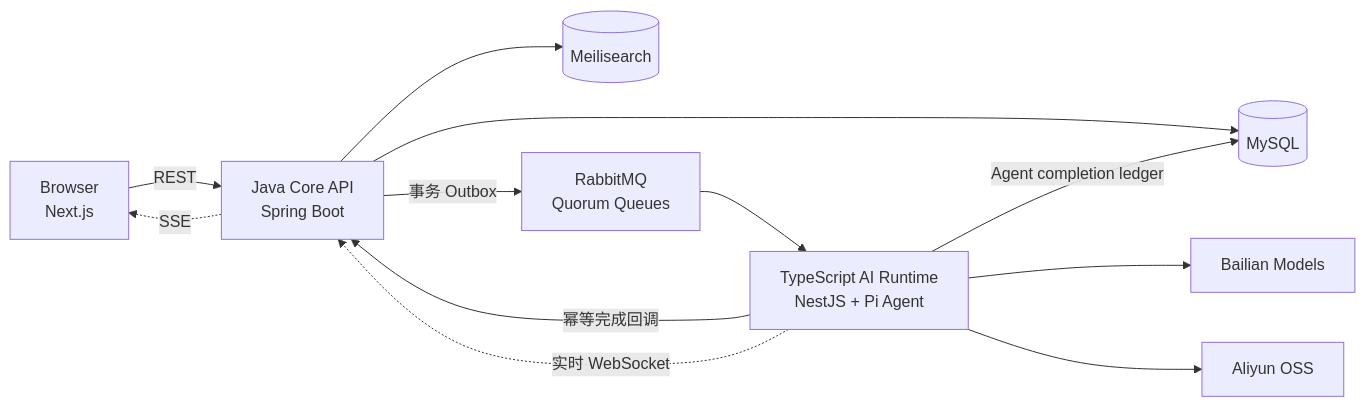
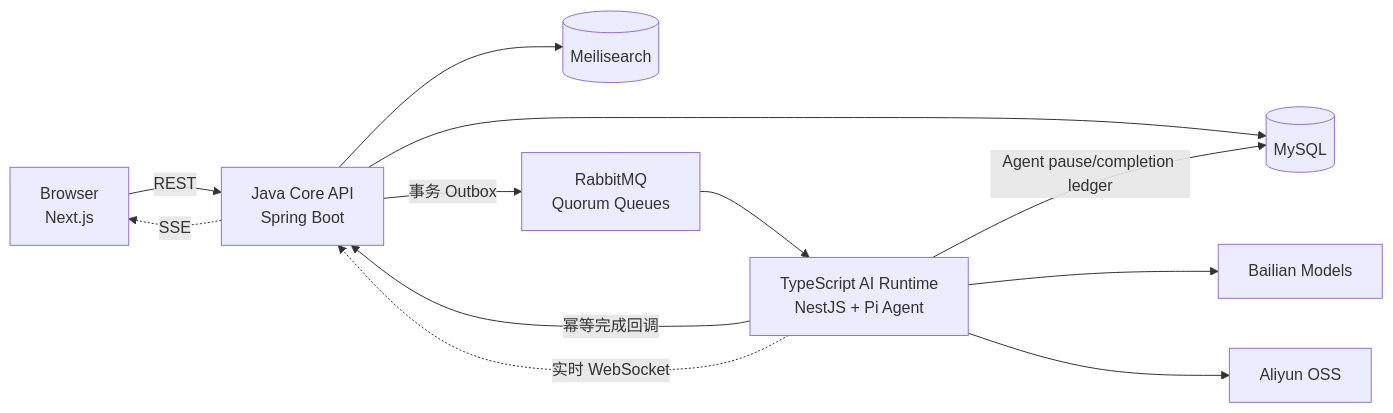
Before and after one commit to superzheng777/AiVista: the diagram in README.md, drawn with Mermaid. The commit also changed other lines of this file and 87 other files, not shown here.

````diff
--- a/README.md
+++ b/README.md
@@ -48,14 +48,14 @@
 ```mermaid
 flowchart LR
     browser["Browser<br/>Next.js"] -->|"REST"| core["Java Core API<br/>Spring Boot"]
     core --> mysql[(MySQL)]
     core --> meili[(Meilisearch)]
     core -->|"事务 Outbox"| rabbit["RabbitMQ<br/>Quorum Queues"]
     rabbit --> worker["TypeScript AI Runtime<br/>NestJS + Pi Agent"]
-    worker -->|"Agent completion ledger"| mysql
+    worker -->|"Agent pause/completion ledger"| mysql
     worker --> bailian["Bailian Models"]
     worker --> oss["Aliyun OSS"]
     worker -->|"幂等完成回调"| core
     worker -. "实时 WebSocket" .-> core
     core -. "SSE" .-> browser
 ```
````
